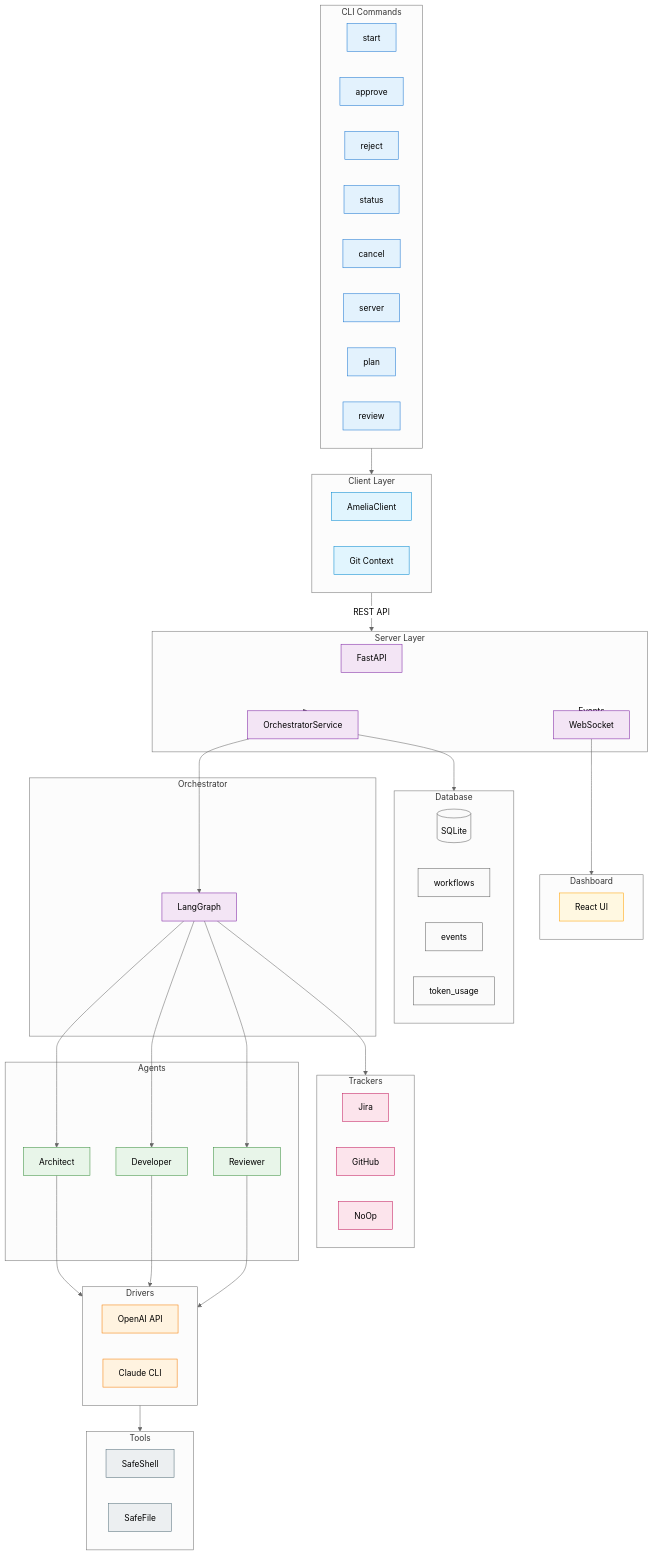
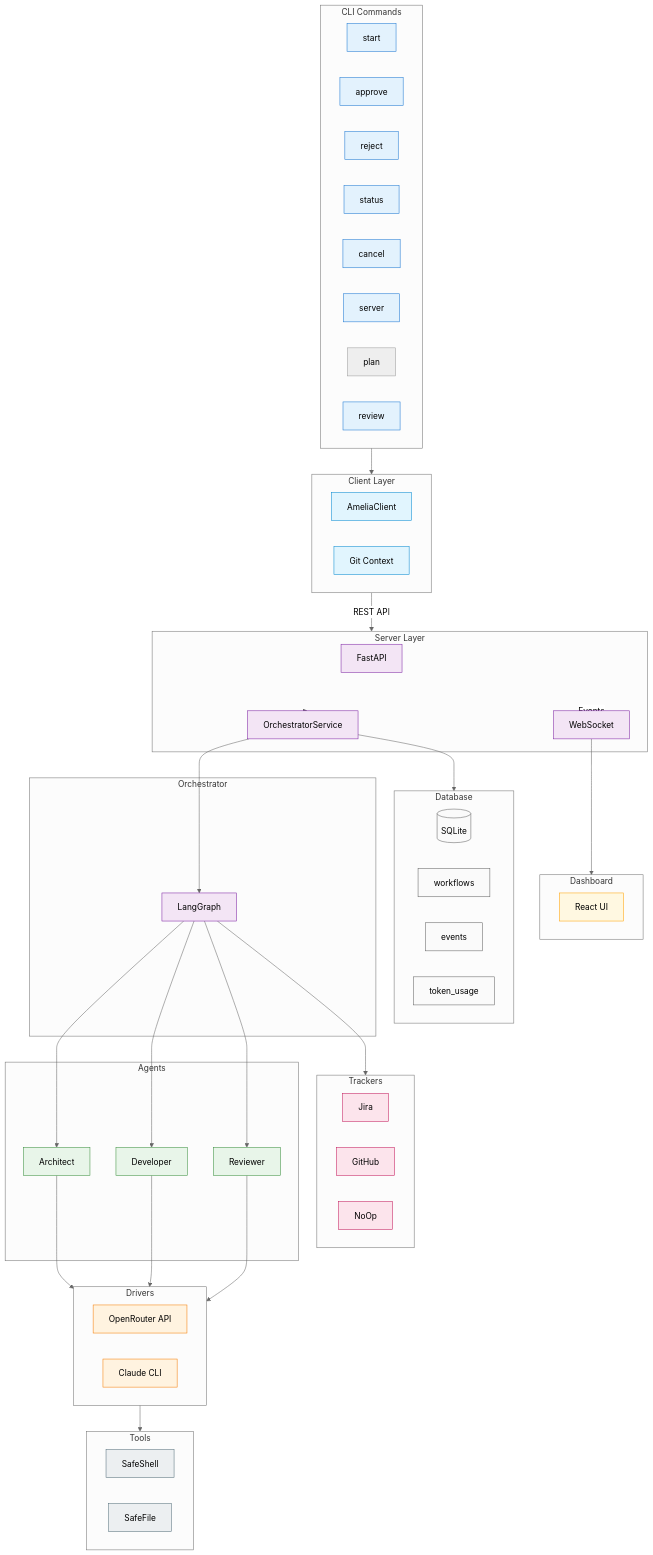
Before and after one commit to existential-birds/amelia: the first of 2 diagrams in docs/site/architecture/overview.md, drawn with Mermaid (neutral theme). The commit also changed other lines of this file and 6 other files, not shown here.

```diff
--- a/docs/site/architecture/overview.md
+++ b/docs/site/architecture/overview.md
@@ -72,7 +72,7 @@
     end
 
     subgraph Drivers["Drivers"]
-        api[OpenAI API]
+        api[OpenRouter API]
         claude[Claude CLI]
     end
 
@@ -104,7 +104,7 @@
     classDef trackerStyle fill:#fce4ec,stroke:#c2185b
     classDef toolStyle fill:#eceff1,stroke:#546e7a
 
-    class start,approve,reject,status,cancel,server,plan,review cliStyle
+    class start,approve,reject,status,cancel,server,review cliStyle
     class apiclient,gitctx clientStyle
     class fastapi,websocket,orchsvc serverStyle
     class sqlite,workflows,events,tokens dbStyle
```
